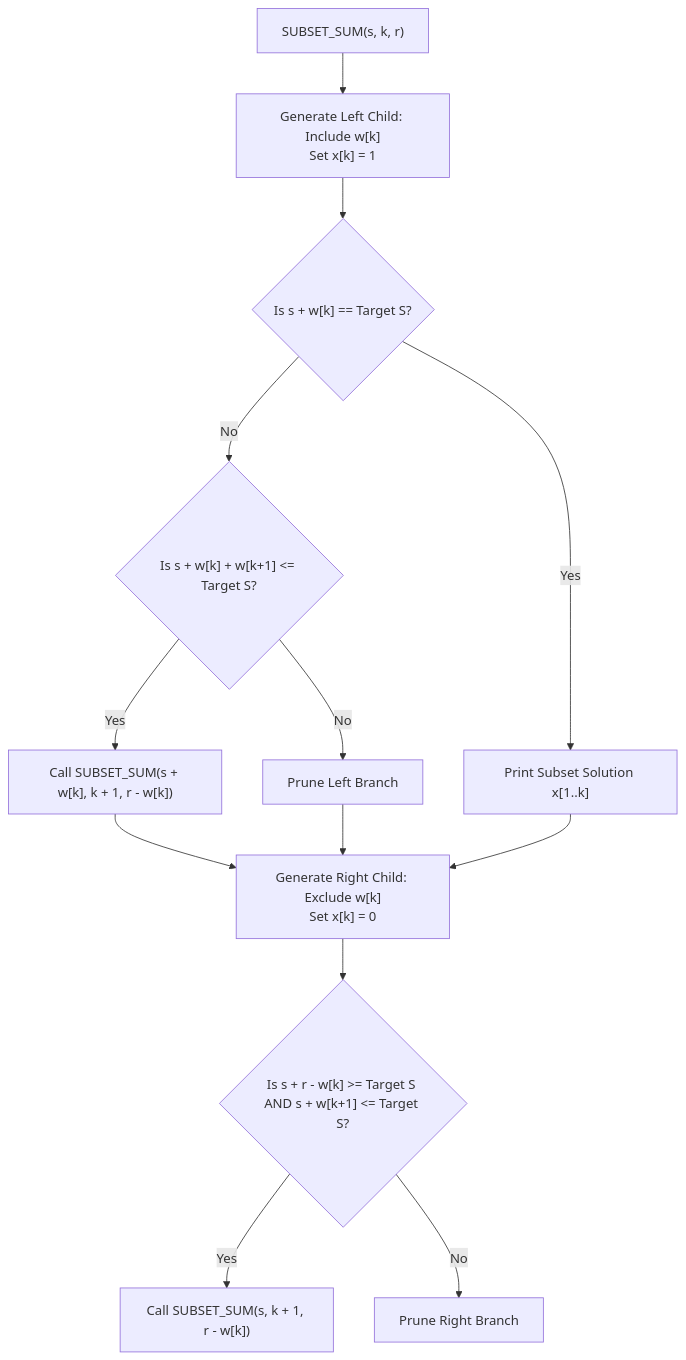
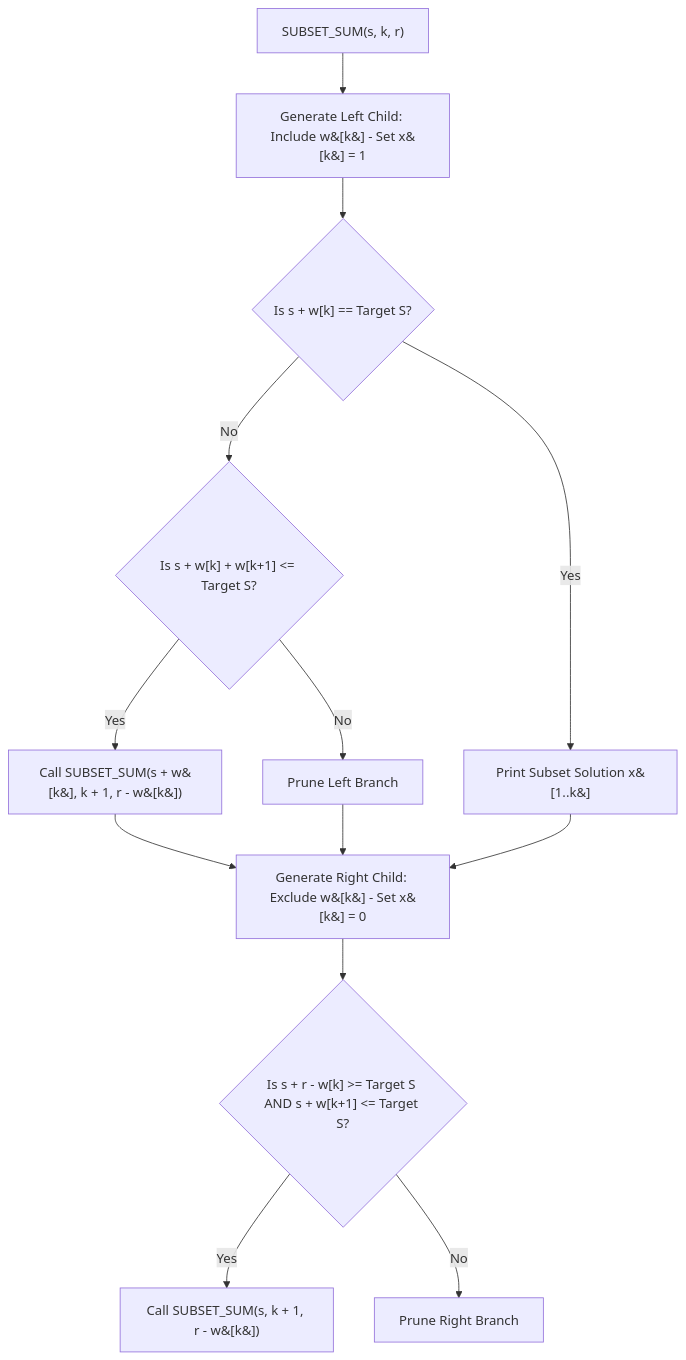
One commit to DeepLumiere/DeepSkills changed the fourth of 4 diagrams in notes/design_and_analysis_of_algorithms/Unit_07_Backtracking_and_Branch_Bound.md. Above: the diagram before and after it, drawn with Mermaid. The commit also changed other lines of this file and 56 other files, not shown here.

````diff
--- a/notes/design_and_analysis_of_algorithms/Unit_07_Backtracking_and_Branch_Bound.md
+++ b/notes/design_and_analysis_of_algorithms/Unit_07_Backtracking_and_Branch_Bound.md
@@ -311,27 +311,27 @@
 ```mermaid
 
 flowchart TD
 
-    Start["SUBSET_SUM(s, k, r)"] --> Include["Generate Left Child: Include w[k]<br>Set x[k] = 1"]
+    Start["SUBSET_SUM(s, k, r)"] --> Include["Generate Left Child: Include w&#91;k&#93; - Set x&#91;k&#93; = 1"]
 
     Include --> CheckLeft{"Is s + w[k] == Target S?"}
 
-    CheckLeft -- Yes --> OutputL["Print Subset Solution x[1..k]"]
+    CheckLeft -- Yes --> OutputL["Print Subset Solution x&#91;1..k&#93;"]
 
     CheckLeft -- No --> CheckDeeper{"Is s + w[k] + w[k+1] <= Target S?"}
 
-    CheckDeeper -- Yes --> RecurseL["Call SUBSET_SUM(s + w[k], k + 1, r - w[k])"]
+    CheckDeeper -- Yes --> RecurseL["Call SUBSET_SUM(s + w&#91;k&#93;, k + 1, r - w&#91;k&#93;)"]
 
     CheckDeeper -- No --> PruneL["Prune Left Branch"]
 
 
 
-    RecurseL & PruneL & OutputL --> Exclude["Generate Right Child: Exclude w[k]<br>Set x[k] = 0"]
+    RecurseL & PruneL & OutputL --> Exclude["Generate Right Child: Exclude w&#91;k&#93; - Set x&#91;k&#93; = 0"]
 
     Exclude --> CheckRight{"Is s + r - w[k] >= Target S AND s + w[k+1] <= Target S?"}
 
-    CheckRight -- Yes --> RecurseR["Call SUBSET_SUM(s, k + 1, r - w[k])"]
+    CheckRight -- Yes --> RecurseR["Call SUBSET_SUM(s, k + 1, r - w&#91;k&#93;)"]
 
     CheckRight -- No --> PruneR["Prune Right Branch"]
 
 ```
````
